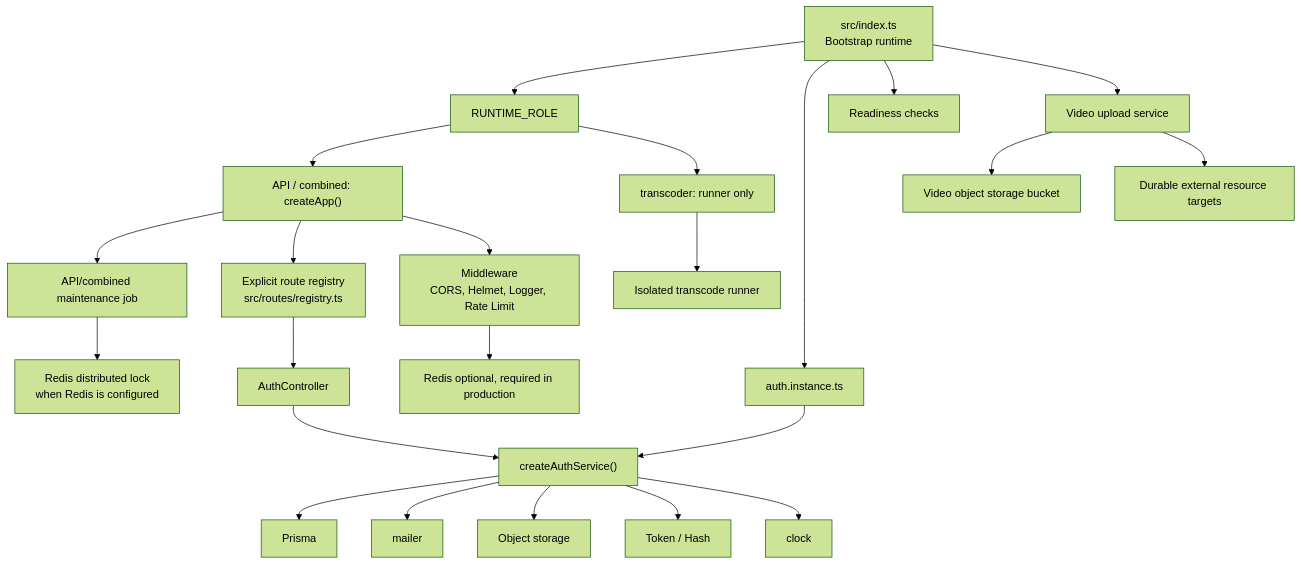
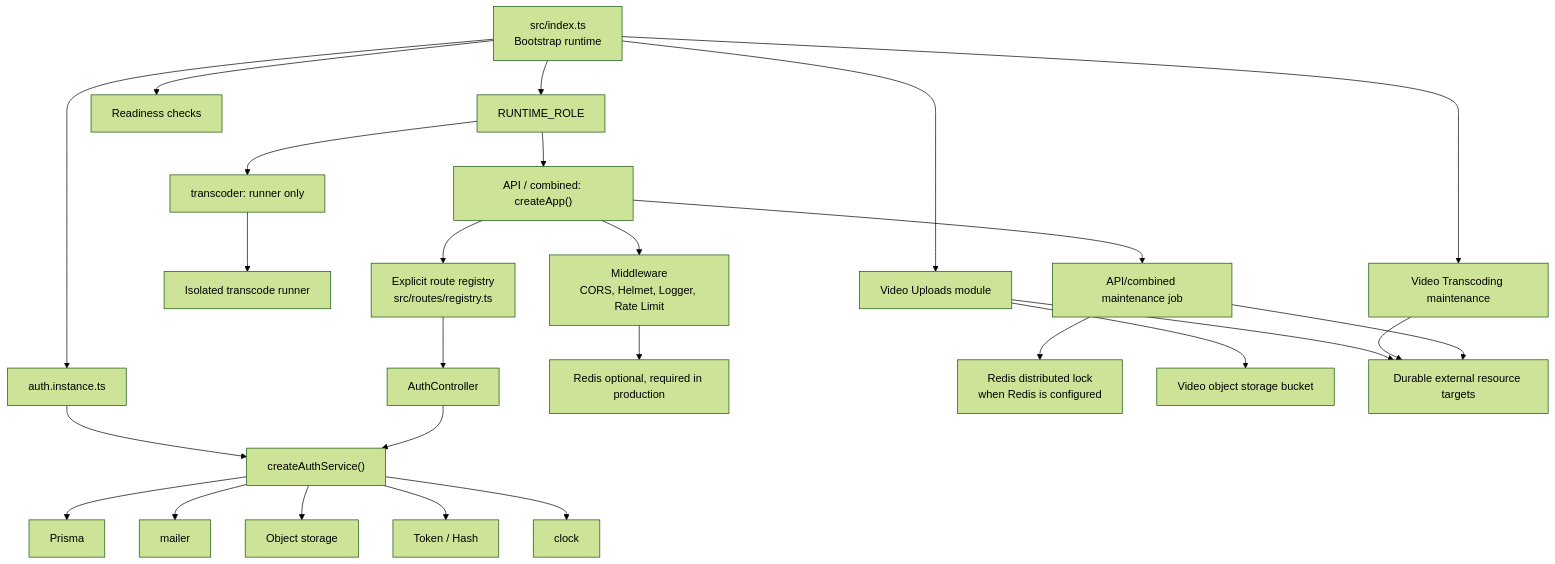
Before and after one commit to FairPlayTeam/ts-backend: the first of 8 diagrams in docs/ARCHITECTURE.md, drawn with Mermaid (forest theme). The commit also changed other lines of this file and 67 other files, not shown here.

Commit message:
refactor(videoUpload): extract video upload domain module

````diff
--- a/docs/ARCHITECTURE.md
+++ b/docs/ARCHITECTURE.md
@@ -9,28 +9,31 @@
 ```mermaid
 flowchart TD
 index["src/index.ts<br/>Bootstrap runtime"] --> role["RUNTIME_ROLE"]
 role --> app["API / combined: createApp()"]
 role --> worker["transcoder: runner only"]
 index --> authInstance["auth.instance.ts"]
 app --> cleanup["API/combined maintenance job"]
 index --> readiness["Readiness checks"]
 worker --> transcodeRunner["Isolated transcode runner"]
 
 authInstance --> authService["createAuthService()"]
 authService --> prisma["Prisma"]
 authService --> mailer["mailer"]
 authService --> objectStorage["Object storage"]
 authService --> crypto["Token / Hash"]
 authService --> clock["clock"]
 
 app --> routes["Explicit route registry<br/>src/routes/registry.ts"]
 routes --> controller["AuthController"]
 controller --> authService
 
 app --> middleware["Middleware<br/>CORS, Helmet, Logger, Rate Limit"]
 middleware --> redis["Redis optional, required in production"]
 cleanup --> redisLock["Redis distributed lock<br/>when Redis is configured"]
-index --> videoService["Video upload service"]
-videoService --> videoStorage["Video object storage bucket"]
-videoService --> externalTargets["Durable external resource targets"]
+index --> videoUploads["Video Uploads module"]
+index --> videoTranscoding["Video Transcoding maintenance"]
+videoUploads --> videoStorage["Video object storage bucket"]
+videoUploads --> externalTargets["Durable external resource targets"]
+videoTranscoding --> externalTargets
+cleanup --> externalTargets
 ```
````
